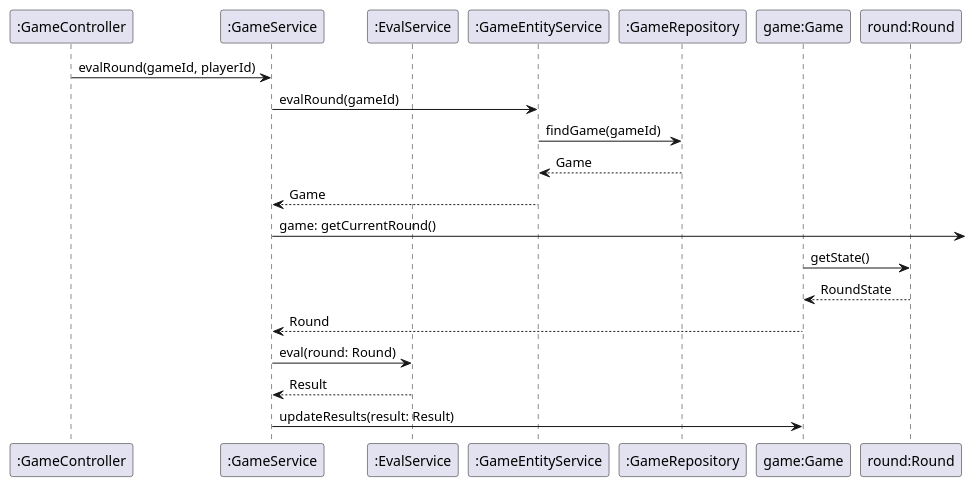
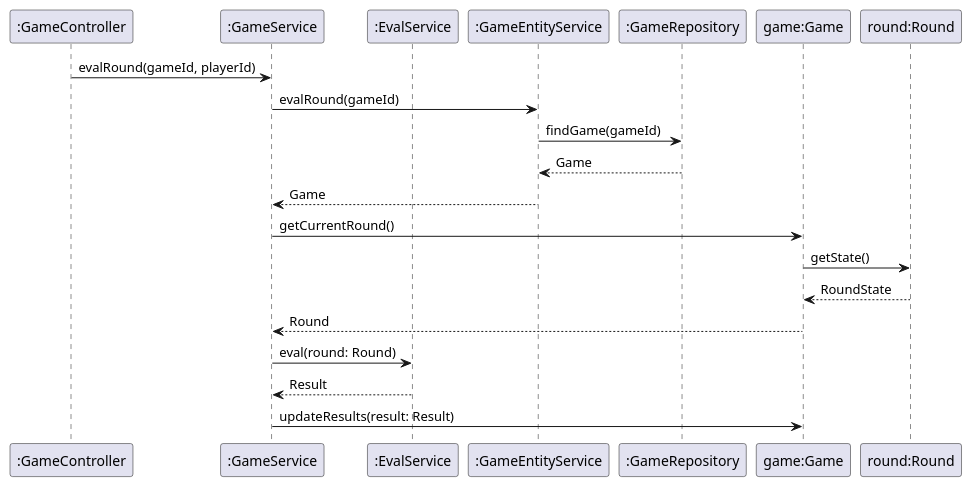
One commit to patrickwinti/worldwidewalter changed the diagram in docs/diagrams/smol/evaluation_ssd.plantuml. Above: the diagram before and after it, drawn with PlantUML. The commit also changed 1 other file, not shown here.

```diff
--- a/docs/diagrams/smol/evaluation_ssd.plantuml
+++ b/docs/diagrams/smol/evaluation_ssd.plantuml
@@ -1,24 +1,24 @@
 @startuml
 participant ":GameController" as gc
 participant ":GameService" as gs
 participant ":EvalService" as ev
 participant ":GameEntityService" as ges
 participant ":GameRepository" as gr
 participant "game:Game" as game
 participant "round:Round" as round
 
 gc -> gs: evalRound(gameId, playerId)
 gs -> ges: evalRound(gameId)
 ges -> gr : findGame(gameId)
 gr  --> ges: Game
 ges --> gs: Game
-gs -> :game: getCurrentRound()
+gs -> game: getCurrentRound()
 game -> round: getState()
 round --> game: RoundState
 game --> gs: Round
 gs -> ev :eval(round: Round)
 ev --> gs : Result
 gs -> game : updateResults(result: Result)
 
 
 @enduml
```
